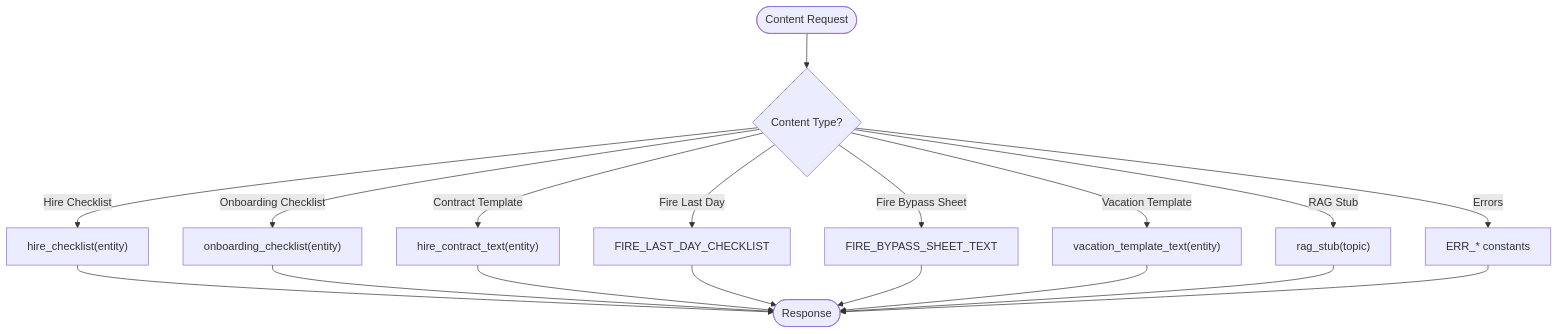
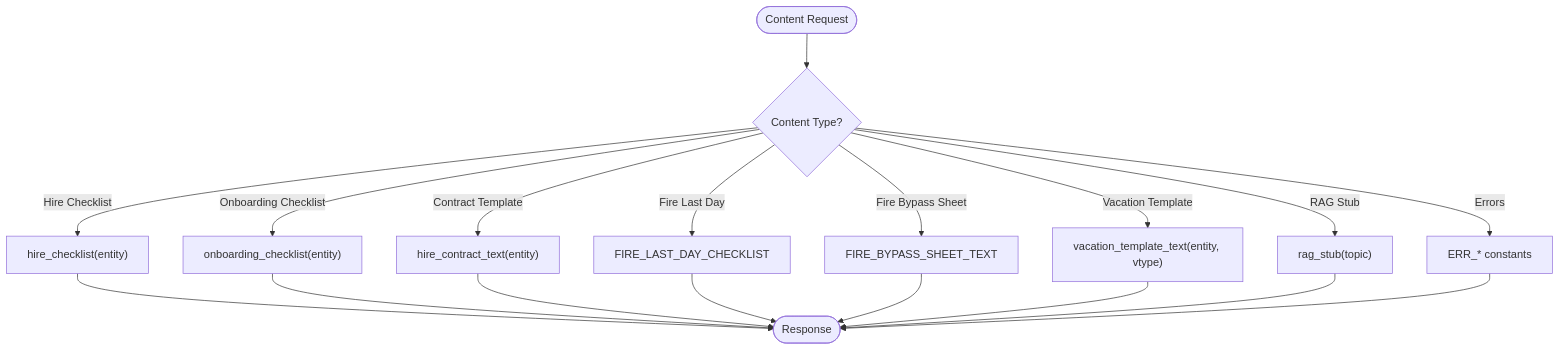
The fourth of 15 diagrams in .qoder/repowiki/en/content/VK Integration/Employment Lifecycle Management.md (ognelis/cafetera_hr_bot), drawn with Mermaid before and after one commit. The commit also changed other lines of this file and 26 other files, not shown here.

````diff
--- a/.qoder/repowiki/en/content/VK Integration/Employment Lifecycle Management.md
+++ b/.qoder/repowiki/en/content/VK Integration/Employment Lifecycle Management.md
@@ -187,20 +197,20 @@
 ```mermaid
 flowchart TD
 Start(["Content Request"]) --> Type{"Content Type?"}
 Type --> |Hire Checklist| HC["hire_checklist(entity)"]
 Type --> |Onboarding Checklist| OC["onboarding_checklist(entity)"]
 Type --> |Contract Template| CT["hire_contract_text(entity)"]
 Type --> |Fire Last Day| FL["FIRE_LAST_DAY_CHECKLIST"]
 Type --> |Fire Bypass Sheet| FB["FIRE_BYPASS_SHEET_TEXT"]
-Type --> |Vacation Template| VT["vacation_template_text(entity)"]
+Type --> |Vacation Template| VT["vacation_template_text(entity, vtype)"]
 Type --> |RAG Stub| RS["rag_stub(topic)"]
 Type --> |Errors| ER["ERR_* constants"]
 HC --> End(["Response"])
 OC --> End
 CT --> End
 FL --> End
 FB --> End
 VT --> End
 RS --> End
 ER --> End
 ```
````
